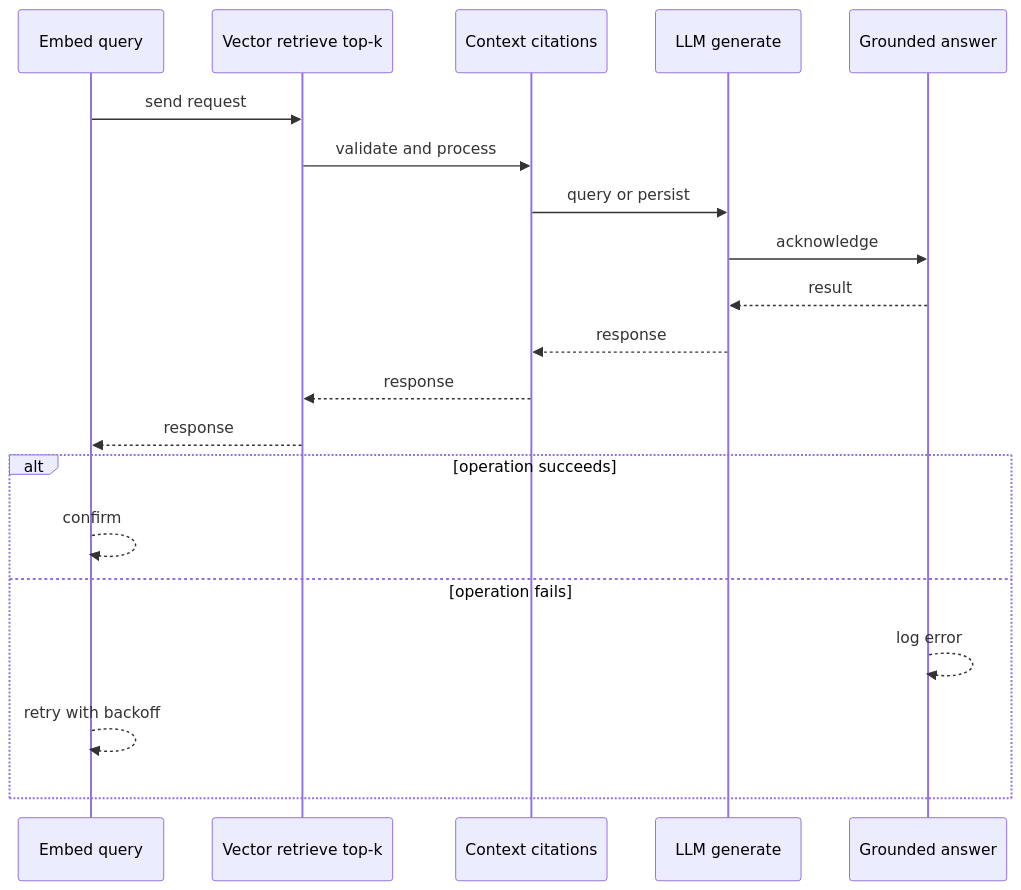
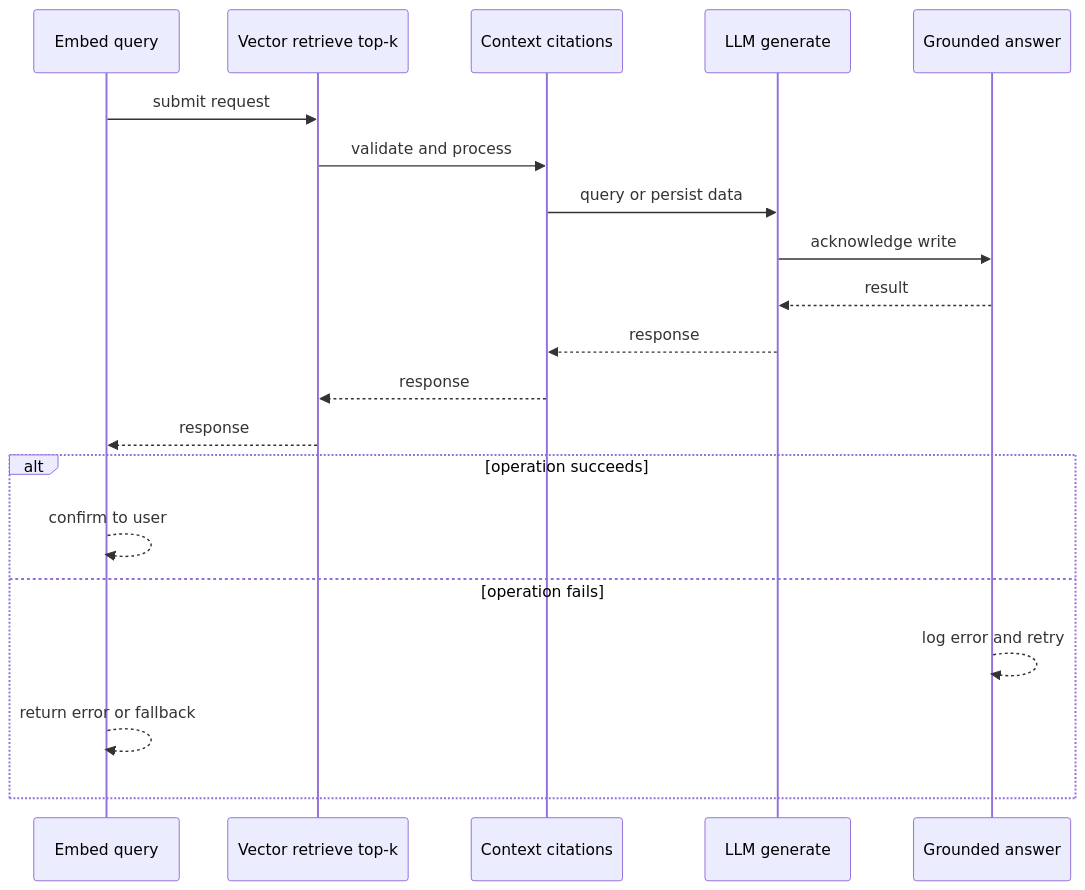
The second of 4 diagrams in case-studies/extreme/rag-platform.md (RIT-MESH/system-design-mastery), drawn with Mermaid before and after one commit. The commit also changed other lines of this file and 127 other files, not shown here.

First line of the commit message:
Improve all case study diagrams: case-specific sequences, fix truncated labels

````diff
--- a/case-studies/extreme/rag-platform.md
+++ b/case-studies/extreme/rag-platform.md
@@ -76,23 +76,23 @@
 ```mermaid
 %% created-for: system-design-mastery
 sequenceDiagram
-  participant C0 as Embed query
-  participant C1 as Vector retrieve top-k
-  participant C2 as Context citations
-  participant C3 as LLM generate
-  participant C4 as Grounded answer
-  C0 ->> C1: send request
-  C1 ->> C2: validate and process
-  C2 ->> C3: query or persist
-  C3 ->> C4: acknowledge
-  C4 -->> C3: result
-  C3 -->> C2: response
-  C2 -->> C1: response
-  C1 -->> C0: response
+  participant P0 as Embed query
+  participant P1 as Vector retrieve top-k
+  participant P2 as Context citations
+  participant P3 as LLM generate
+  participant P4 as Grounded answer
+  P0 ->> P1: submit request
+  P1 ->> P2: validate and process
+  P2 ->> P3: query or persist data
+  P3 ->> P4: acknowledge write
+  P4 -->> P3: result
+  P3 -->> P2: response
+  P2 -->> P1: response
+  P1 -->> P0: response
   alt operation succeeds
-    C0 -->> C0: confirm
+    P0 -->> P0: confirm to user
   else operation fails
-    C4 -->> C4: log error
-    C0 -->> C0: retry with backoff
+    P4 -->> P4: log error and retry
+    P0 -->> P0: return error or fallback
   end
 ```
````
